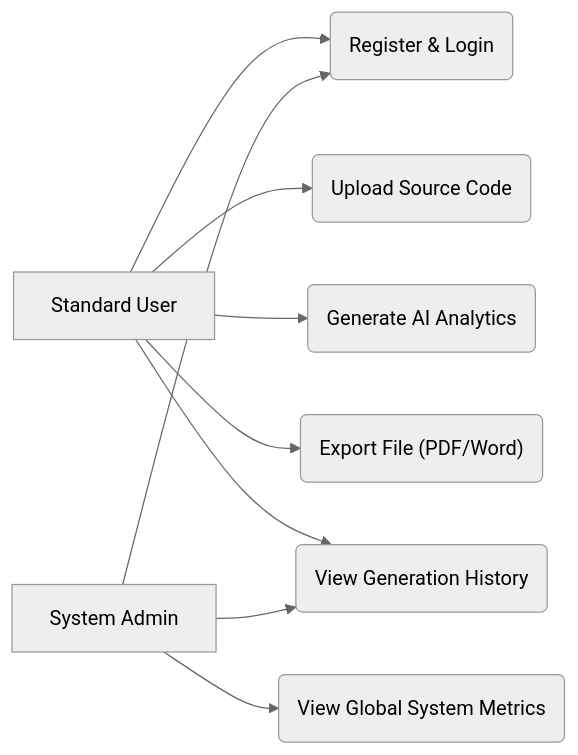
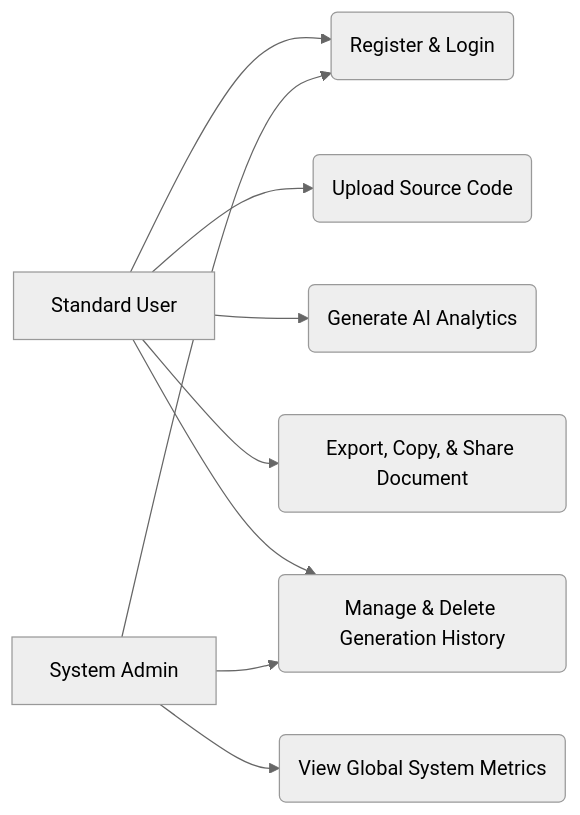
One commit to Aasthak07/QuillStack-AI changed the fourth of 6 diagrams in reports/Chapter_4_System_Design.md. Above: the diagram before and after it, drawn with Mermaid (neutral theme). The commit also changed other lines of this file and 5 other files, not shown here.

````diff
--- a/reports/Chapter_4_System_Design.md
+++ b/reports/Chapter_4_System_Design.md
@@ -112,12 +112,12 @@
 ```mermaid
 flowchart LR
     A["Standard User"] --> U1("Register & Login")
     A --> U2("Upload Source Code")
     A --> U3("Generate AI Analytics")
-    A --> U4("Export File (PDF/Word)")
-    A --> U5("View Generation History")
+    A --> U4("Export, Copy, & Share Document")
+    A --> U5("Manage & Delete Generation History")
     
     B["System Admin"] --> U1
     B --> U5
     B --> U6("View Global System Metrics")
 ```
````
